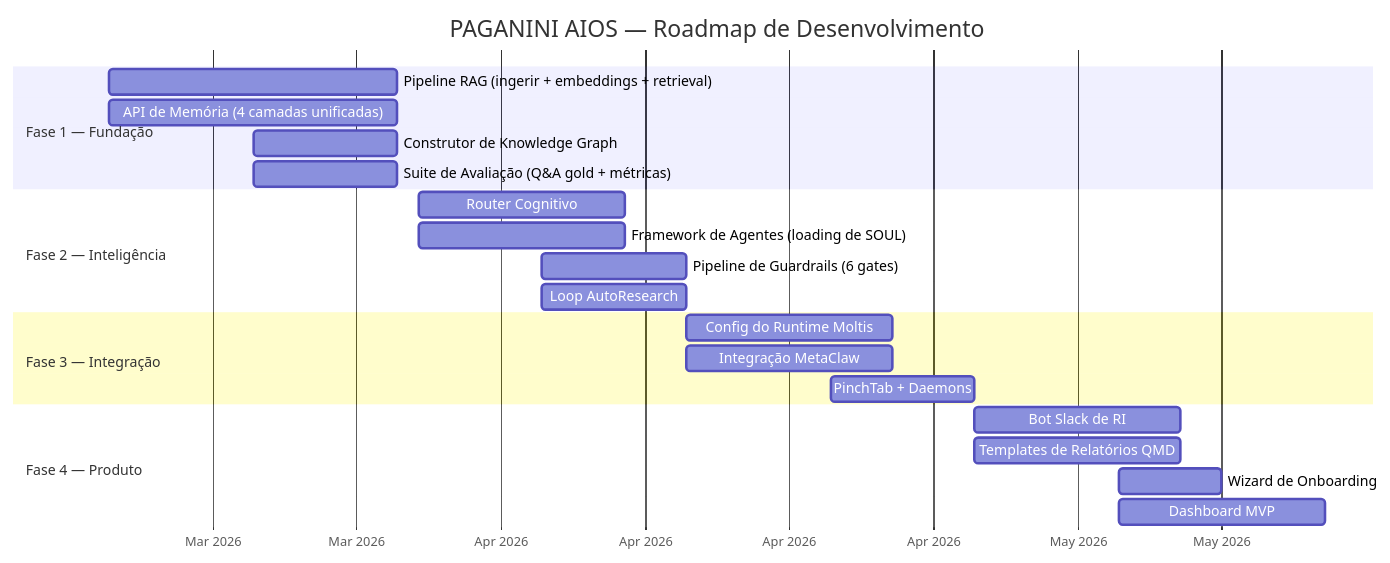
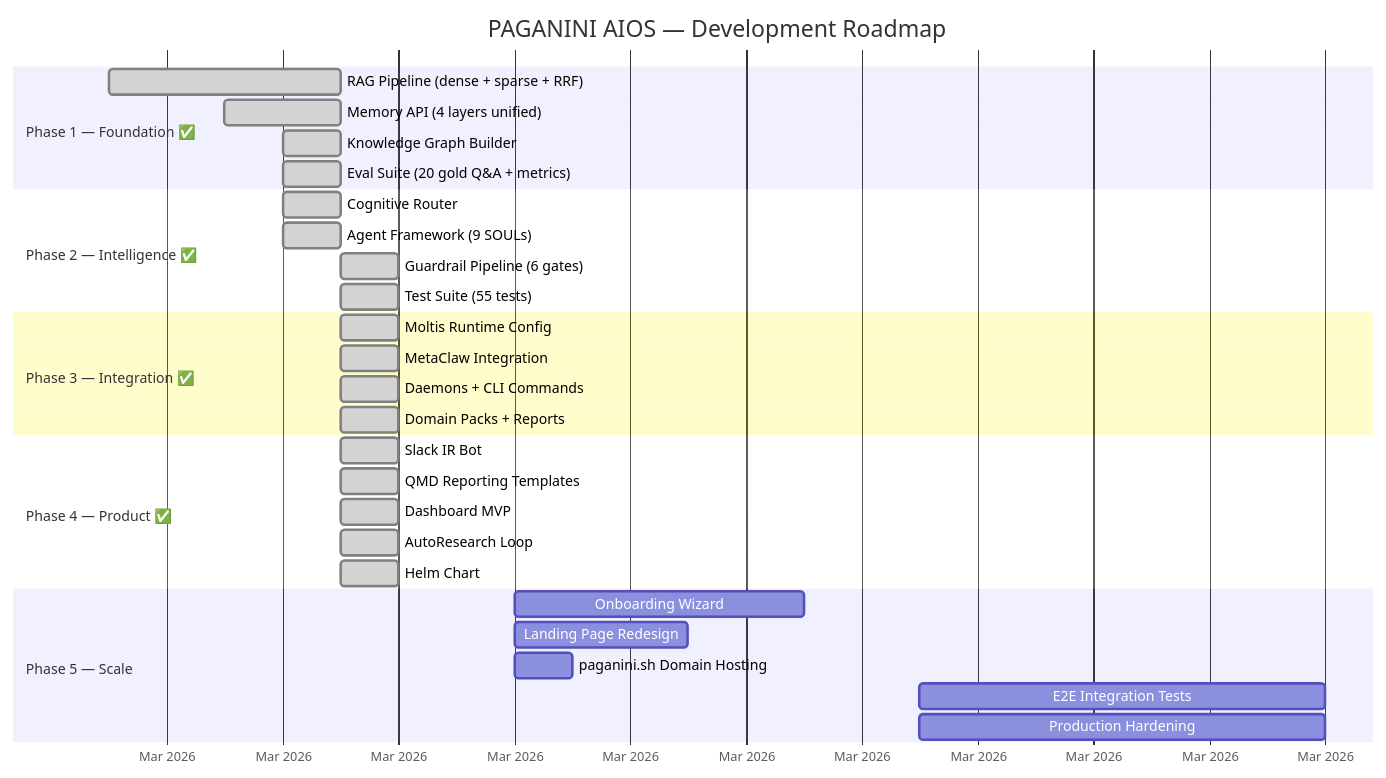
One commit to juboyy/paganini-aios changed the third of 3 diagrams in README.pt-BR.md. Above: the diagram before and after it, drawn with Mermaid. The commit also changed other lines of this file and 61 other files, not shown here.

First line of the commit message:
feat: Paganini v1.1 — design system, health endpoint, dashboard improvements

````diff
--- a/README.pt-BR.md
+++ b/README.pt-BR.md
@@ -607,29 +664,38 @@
 ```mermaid
 gantt
-    title PAGANINI AIOS — Roadmap de Desenvolvimento
+    title PAGANINI AIOS — Development Roadmap
     dateFormat YYYY-MM-DD
     axisFormat %b %Y
 
-    section Fase 1 — Fundação
-    Pipeline RAG (ingerir + embeddings + retrieval)  :p1a, 2026-03-17, 14d
-    API de Memória (4 camadas unificadas)            :p1b, 2026-03-17, 14d
-    Construtor de Knowledge Graph                     :p1c, 2026-03-24, 7d
-    Suite de Avaliação (Q&A gold + métricas)          :p1d, 2026-03-24, 7d
+    section Phase 1 — Foundation ✅
+    RAG Pipeline (dense + sparse + RRF)          :done, p1a, 2026-03-10, 4d
+    Memory API (4 layers unified)                :done, p1b, 2026-03-12, 2d
+    Knowledge Graph Builder                       :done, p1c, 2026-03-13, 1d
+    Eval Suite (20 gold Q&A + metrics)           :done, p1d, 2026-03-13, 1d
 
-    section Fase 2 — Inteligência
-    Router Cognitivo                                  :p2a, 2026-04-01, 10d
-    Framework de Agentes (loading de SOUL)            :p2b, 2026-04-01, 10d
-    Pipeline de Guardrails (6 gates)                  :p2c, 2026-04-07, 7d
-    Loop AutoResearch                                 :p2d, 2026-04-07, 7d
+    section Phase 2 — Intelligence ✅
+    Cognitive Router                              :done, p2a, 2026-03-13, 1d
+    Agent Framework (9 SOULs)                    :done, p2b, 2026-03-13, 1d
+    Guardrail Pipeline (6 gates)                 :done, p2c, 2026-03-14, 1d
+    Test Suite (55 tests)                        :done, p2d, 2026-03-14, 1d
 
-    section Fase 3 — Integração
-    Config do Runtime Moltis                          :p3a, 2026-04-14, 10d
-    Integração MetaClaw                               :p3b, 2026-04-14, 10d
-    PinchTab + Daemons                                :p3c, 2026-04-21, 7d
+    section Phase 3 — Integration ✅
+    Moltis Runtime Config                        :done, p3a, 2026-03-14, 1d
+    MetaClaw Integration                         :done, p3b, 2026-03-14, 1d
+    Daemons + CLI Commands                       :done, p3c, 2026-03-14, 1d
+    Domain Packs + Reports                       :done, p3d, 2026-03-14, 1d
 
-    section Fase 4 — Produto
-    Bot Slack de RI                                   :p4a, 2026-04-28, 10d
-    Templates de Relatórios QMD                       :p4b, 2026-04-28, 10d
-    Wizard de Onboarding                              :p4c, 2026-05-05, 5d
-    Dashboard MVP                                     :p4d, 2026-05-05, 10d
+    section Phase 4 — Product ✅
+    Slack IR Bot                                 :done, p4a, 2026-03-14, 1d
+    QMD Reporting Templates                      :done, p4b, 2026-03-14, 1d
+    Dashboard MVP                                :done, p4d, 2026-03-14, 1d
+    AutoResearch Loop                            :done, p4e, 2026-03-14, 1d
+    Helm Chart                                   :done, p4f, 2026-03-14, 1d
+
+    section Phase 5 — Scale
+    Onboarding Wizard                            :p5a, 2026-03-17, 5d
+    Landing Page Redesign                        :p5b, 2026-03-17, 3d
+    paganini.sh Domain Hosting                   :p5c, 2026-03-17, 1d
+    E2E Integration Tests                        :p5d, 2026-03-24, 7d
+    Production Hardening                         :p5e, 2026-03-24, 7d
 ```
````
